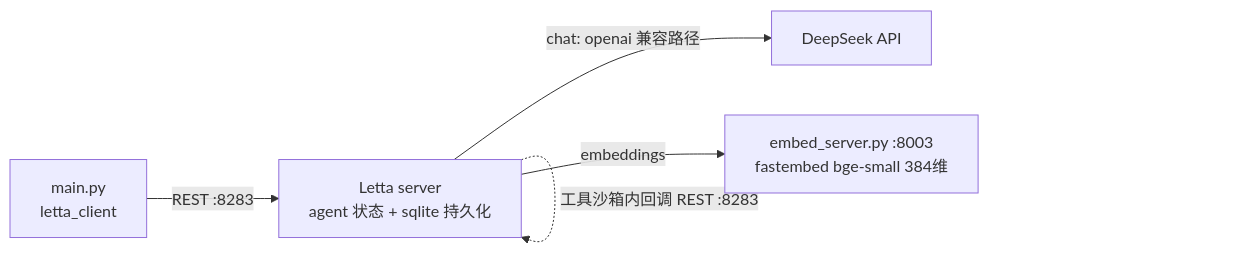
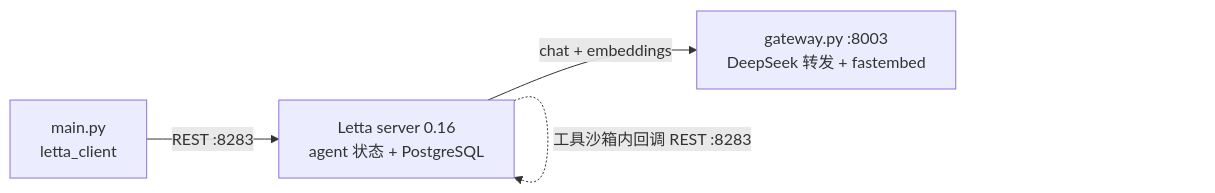
The diagram in agent/courses/memory/12b-LLMs as Operating Systems Agent Memory/code/L4/README.md (Colonel86/ai-agent-learn), drawn with Mermaid before and after one commit. The commit also changed other lines of this file and 142 other files, not shown here.

````diff
--- a/agent/courses/memory/12b-LLMs as Operating Systems Agent Memory/code/L4/README.md
+++ b/agent/courses/memory/12b-LLMs as Operating Systems Agent Memory/code/L4/README.md
@@ -7,7 +7,6 @@
 ```mermaid
 flowchart LR
-    M[main.py<br/>letta_client] -->|REST :8283| S[Letta server<br/>agent 状态 + sqlite 持久化]
-    S -->|chat: openai 兼容路径| D[DeepSeek API]
-    S -->|embeddings| E[embed_server.py :8003<br/>fastembed bge-small 384维]
+    M[main.py<br/>letta_client] -->|REST :8283| S[Letta server 0.16<br/>agent 状态 + PostgreSQL]
+    S -->|chat + embeddings| G[gateway.py :8003<br/>DeepSeek 转发 + fastembed]
     S -.->|工具沙箱内回调 REST :8283| S
 ```
````
